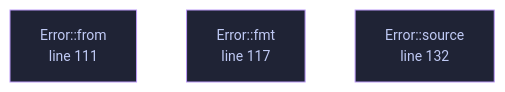
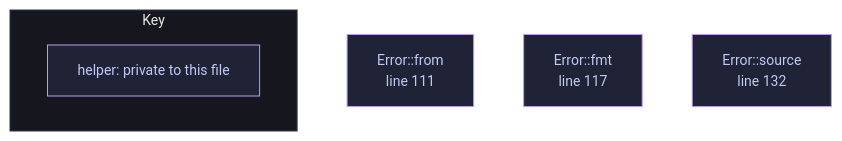
Before and after one commit to tilas01/veilvoice: the diagram in docs/files/veilvoice-conversation/lib.md, drawn with Mermaid. The commit also changed 1510 other files, not shown here.

First line of the commit message:
Regenerate the documentation, wiki, site, graphs and measured numbers

````diff
--- a/docs/files/veilvoice-conversation/lib.md
+++ b/docs/files/veilvoice-conversation/lib.md
@@ -114,12 +114,17 @@
 ```mermaid
 %%{init: {"theme":"base","themeVariables":{"background":"#1a1b26","primaryColor":"#1f2335","primaryTextColor":"#c0caf5","primaryBorderColor":"#7aa2f7","secondaryColor":"#16161e","tertiaryColor":"#16161e","lineColor":"#737aa2","textColor":"#c0caf5","mainBkg":"#1f2335","nodeBorder":"#7aa2f7","clusterBkg":"#16161e","clusterBorder":"#2f3549","fontFamily":"ui-monospace, SFMono-Regular, Consolas, monospace","fontSize":"14px"}}}%%
 flowchart TD
     n_from["Error::from<br/>line 111"]
     n_fmt["Error::fmt<br/>line 117"]
     n_source["Error::source<br/>line 132"]
     click n_from href "https://github.com/tilas01/veilvoice/blob/main/crates/veilvoice-conversation/src/lib.rs#L111" "open the source"
     click n_fmt href "https://github.com/tilas01/veilvoice/blob/main/crates/veilvoice-conversation/src/lib.rs#L117" "open the source"
     click n_source href "https://github.com/tilas01/veilvoice/blob/main/crates/veilvoice-conversation/src/lib.rs#L132" "open the source"
     classDef helper fill:#1f2335,stroke:#bb9af7,color:#c0caf5
     class n_from,n_fmt,n_source helper
+    subgraph chart_key ["Key"]
+        direction LR
+        key_helper["helper: private to this file"]
+    end
+    class key_helper helper
 ```
````
